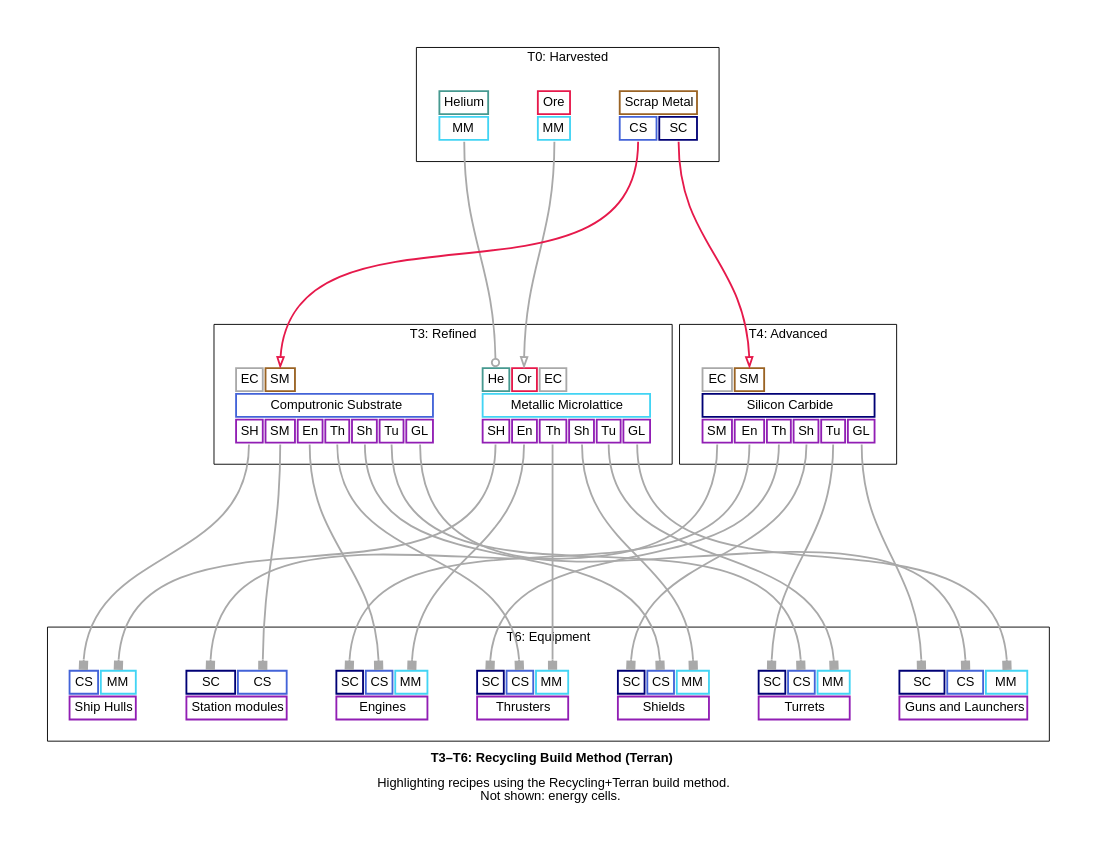
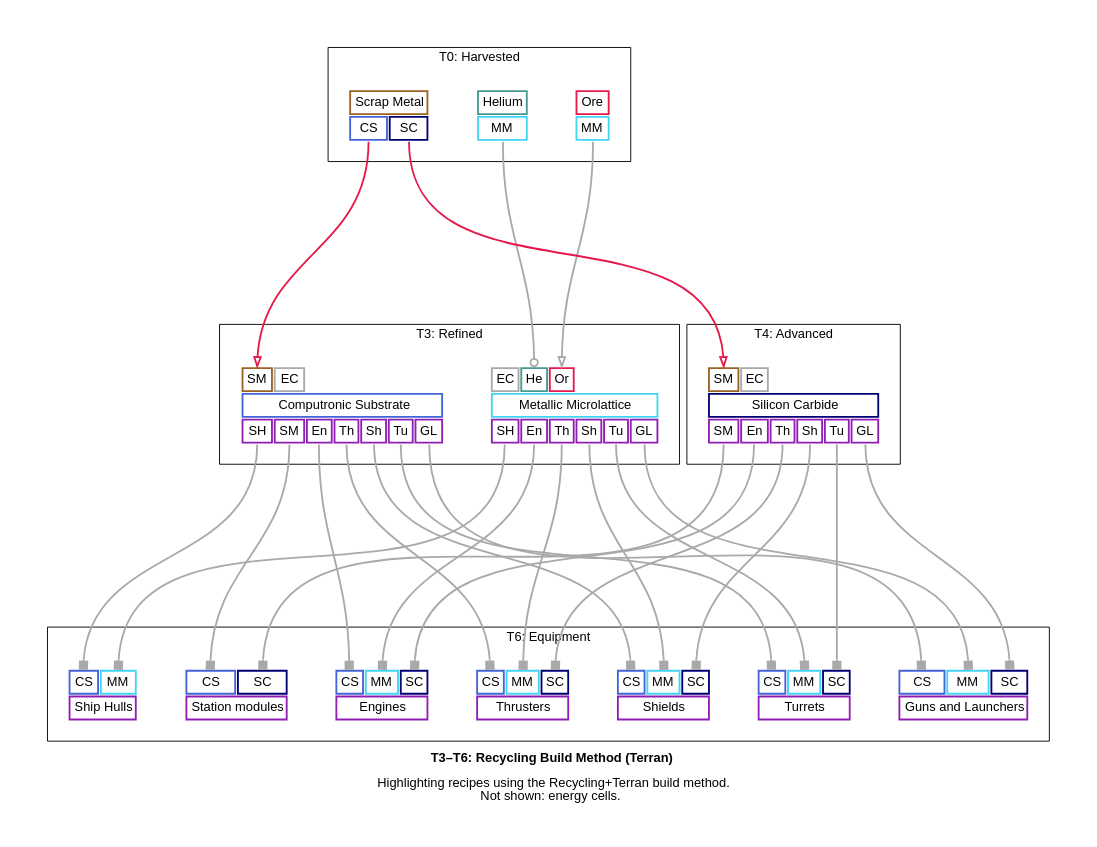
The diagram in docs/t3_t6_recycling_build_method_terran__graph_simplified.dot (borntyping/x4-diagrams), drawn with Graphviz before and after one commit. The commit also changed other lines of this file and 66 other files, not shown here.

```diff
--- a/docs/t3_t6_recycling_build_method_terran__graph_simplified.dot
+++ b/docs/t3_t6_recycling_build_method_terran__graph_simplified.dot
@@ -55,9 +55,9 @@
   
     <tr>
       
+        <td align="text" bgcolor="white" color="#9A6324" port="scrap_metal">SM</td>
+      
         <td align="text" bgcolor="white" color="#a9a9a9" port="energy_cells">EC</td>
-      
-        <td align="text" bgcolor="white" color="#9A6324" port="scrap_metal">SM</td>
       
     </tr>
   
@@ -88,11 +88,11 @@
   
     <tr>
       
+        <td align="text" bgcolor="white" color="#a9a9a9" port="energy_cells">EC</td>
+      
         <td align="text" bgcolor="white" color="#469990" port="helium">He</td>
       
         <td align="text" bgcolor="white" color="#e6194B" port="ore">Or</td>
-      
-        <td align="text" bgcolor="white" color="#a9a9a9" port="energy_cells">EC</td>
       
     </tr>
   
@@ -124,9 +124,9 @@
   
     <tr>
       
+        <td align="text" bgcolor="white" color="#9A6324" port="scrap_metal">SM</td>
+      
         <td align="text" bgcolor="white" color="#a9a9a9" port="energy_cells">EC</td>
-      
-        <td align="text" bgcolor="white" color="#9A6324" port="scrap_metal">SM</td>
       
     </tr>
   
@@ -158,11 +158,11 @@
   
     <tr>
       
-        <td align="text" bgcolor="white" color="#000075" port="silicon_carbide">SC</td>
-      
         <td align="text" bgcolor="white" color="#4363d8" port="computronic_substrate">CS</td>
       
         <td align="text" bgcolor="white" color="#42d4f4" port="metallic_microlattice">MM</td>
+      
+        <td align="text" bgcolor="white" color="#000075" port="silicon_carbide">SC</td>
       
     </tr>
   
@@ -175,11 +175,11 @@
   
     <tr>
       
-        <td align="text" bgcolor="white" color="#000075" port="silicon_carbide">SC</td>
-      
         <td align="text" bgcolor="white" color="#4363d8" port="computronic_substrate">CS</td>
       
         <td align="text" bgcolor="white" color="#42d4f4" port="metallic_microlattice">MM</td>
+      
+        <td align="text" bgcolor="white" color="#000075" port="silicon_carbide">SC</td>
       
     </tr>
   
@@ -192,11 +192,11 @@
   
     <tr>
       
-        <td align="text" bgcolor="white" color="#000075" port="silicon_carbide">SC</td>
-      
         <td align="text" bgcolor="white" color="#4363d8" port="computronic_substrate">CS</td>
       
         <td align="text" bgcolor="white" color="#42d4f4" port="metallic_microlattice">MM</td>
+      
+        <td align="text" bgcolor="white" color="#000075" port="silicon_carbide">SC</td>
       
     </tr>
   
@@ -224,9 +224,9 @@
   
     <tr>
       
+        <td align="text" bgcolor="white" color="#4363d8" port="computronic_substrate">CS</td>
+      
         <td align="text" bgcolor="white" color="#000075" port="silicon_carbide">SC</td>
-      
-        <td align="text" bgcolor="white" color="#4363d8" port="computronic_substrate">CS</td>
       
     </tr>
   
@@ -239,11 +239,11 @@
   
     <tr>
       
-        <td align="text" bgcolor="white" color="#000075" port="silicon_carbide">SC</td>
-      
         <td align="text" bgcolor="white" color="#4363d8" port="computronic_substrate">CS</td>
       
         <td align="text" bgcolor="white" color="#42d4f4" port="metallic_microlattice">MM</td>
+      
+        <td align="text" bgcolor="white" color="#000075" port="silicon_carbide">SC</td>
       
     </tr>
   
@@ -256,11 +256,11 @@
   
     <tr>
       
-        <td align="text" bgcolor="white" color="#000075" port="silicon_carbide">SC</td>
-      
         <td align="text" bgcolor="white" color="#4363d8" port="computronic_substrate">CS</td>
       
         <td align="text" bgcolor="white" color="#42d4f4" port="metallic_microlattice">MM</td>
+      
+        <td align="text" bgcolor="white" color="#000075" port="silicon_carbide">SC</td>
       
     </tr>
   
```
